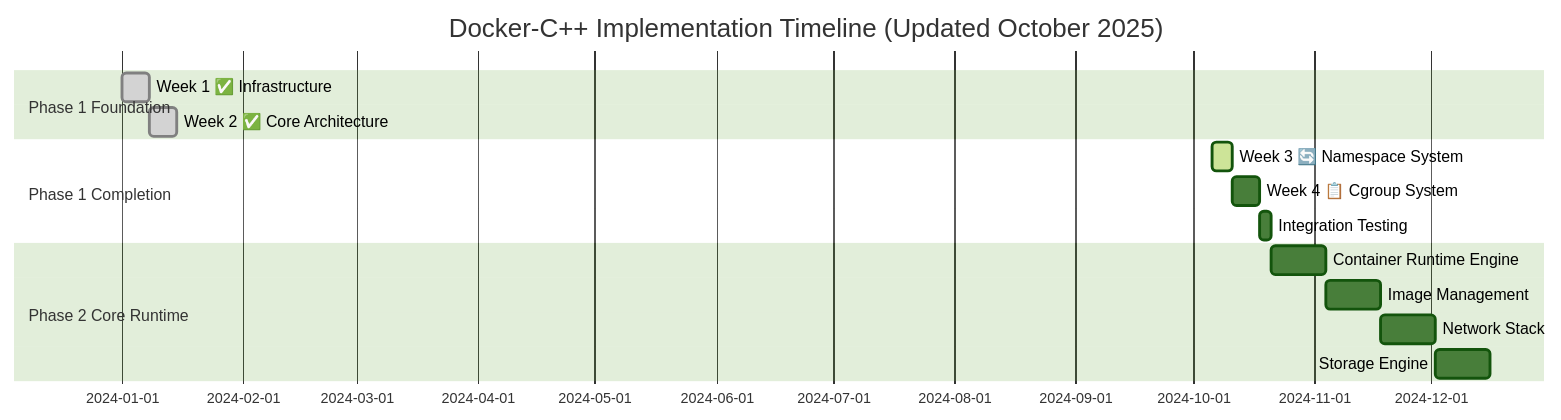
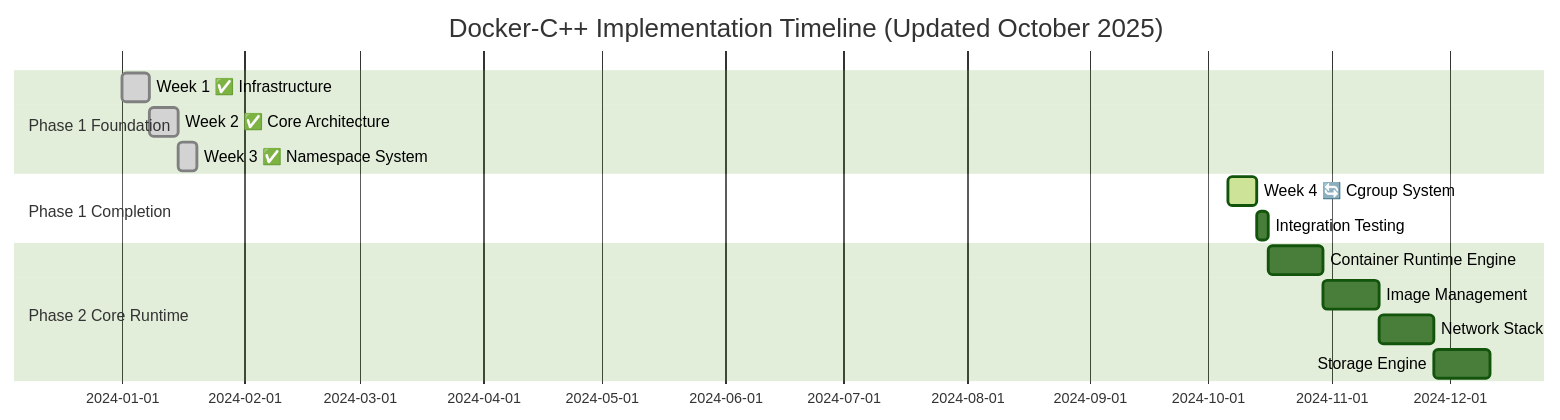
Before and after one commit to shizhengLi/docker-cpp: the second of 2 diagrams in docker-cpp-implementation-roadmap.md, drawn with Mermaid (forest theme). The commit also changed other lines of this file and 2 other files, not shown here.

Commit message:
update week3 documents

````diff
--- a/docker-cpp-implementation-roadmap.md
+++ b/docker-cpp-implementation-roadmap.md
@@ -1127,19 +1136,19 @@
 ```mermaid
 gantt
     title Docker-C++ Implementation Timeline (Updated October 2025)
     dateFormat  YYYY-MM-DD
     section Phase 1 Foundation
     Week 1 ✅ Infrastructure    :done, p1-1, 2024-01-01, 1w
     Week 2 ✅ Core Architecture :done, p1-2, after p1-1, 1w
+    Week 3 ✅ Namespace System  :done, p1-3, after p1-2, 5d
 
     section Phase 1 Completion
-    Week 3 🔄 Namespace System  :active, p1-3, 2024-10-06, 5d
-    Week 4 📋 Cgroup System     :p1-4, after p1-3, 7d
+    Week 4 🔄 Cgroup System     :active, p1-4, 2024-10-06, 7d
     Integration Testing         :p1-5, after p1-4, 3d
 
     section Phase 2 Core Runtime
     Container Runtime Engine :p2-1, after p1-5, 2w
     Image Management        :p2-2, after p2-1, 2w
     Network Stack           :p2-3, after p2-2, 2w
     Storage Engine          :p2-4, after p2-3, 2w
 ```
````
